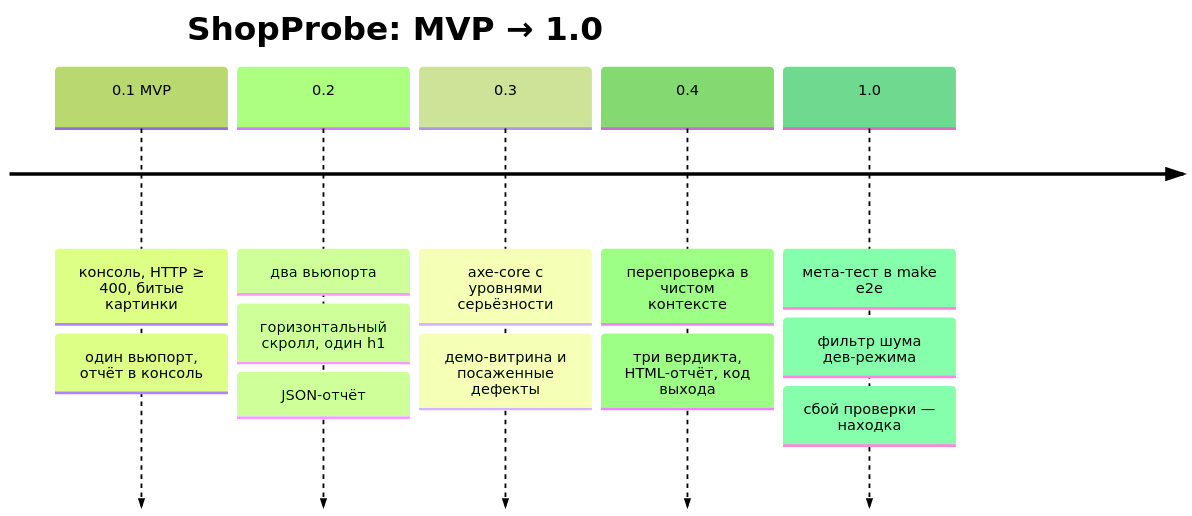
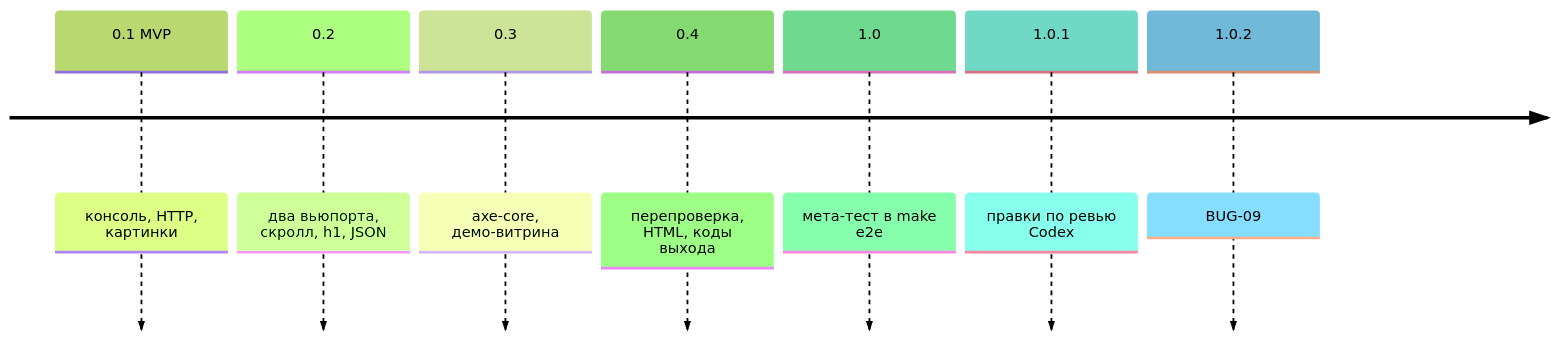
Before and after one commit to Georgy213123/ai-product-engineering: the diagram in projects/02-shopprobe/docs/07-releases.md, drawn with Mermaid (forest theme). The commit also changed other lines of this file and 17 other files, not shown here.

````diff
--- a/projects/02-shopprobe/docs/07-releases.md
+++ b/projects/02-shopprobe/docs/07-releases.md
@@ -6,9 +5,10 @@
 ```mermaid
 timeline
-  title ShopProbe: MVP → 1.0
-  0.1 MVP : консоль, HTTP ≥ 400, битые картинки : один вьюпорт, отчёт в консоль
-  0.2 : два вьюпорта : горизонтальный скролл, один h1 : JSON-отчёт
-  0.3 : axe-core с уровнями серьёзности : демо-витрина и посаженные дефекты
-  0.4 : перепроверка в чистом контексте : три вердикта, HTML-отчёт, код выхода
-  1.0 : мета-тест в make e2e : фильтр шума дев-режима : сбой проверки — находка
+  0.1 MVP : консоль, HTTP, картинки
+  0.2 : два вьюпорта, скролл, h1, JSON
+  0.3 : axe-core, демо-витрина
+  0.4 : перепроверка, HTML, коды выхода
+  1.0 : мета-тест в make e2e
+  1.0.1 : правки по ревью Codex
+  1.0.2 : BUG-09
 ```
````
